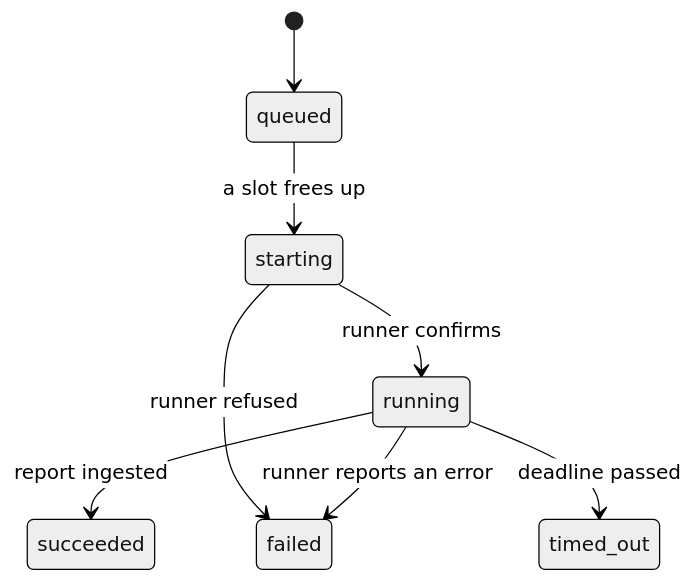
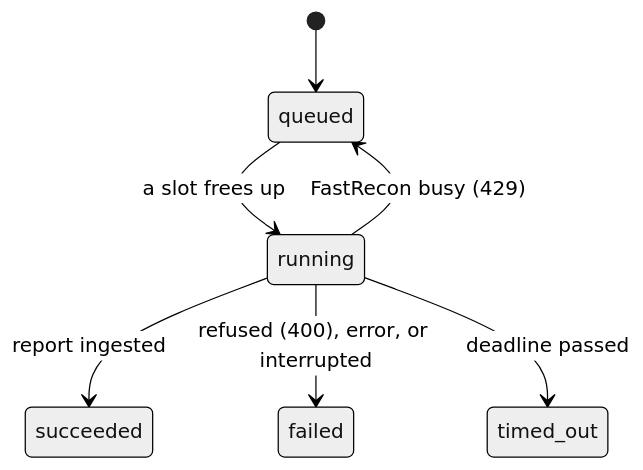
The second of 2 diagrams in docs/src/content/docs/architecture/stack.md (JoshuaMart/Recon), drawn with Mermaid (neutral theme) before and after one commit. The commit also changed other lines of this file and 39 other files, not shown here.

````diff
--- a/docs/src/content/docs/architecture/stack.md
+++ b/docs/src/content/docs/architecture/stack.md
@@ -99,10 +102,9 @@
 ```mermaid
 stateDiagram-v2
   [*] --> queued
-  queued --> starting: a slot frees up
-  starting --> running: runner confirms
-  starting --> failed: runner refused
+  queued --> running: a slot frees up
+  running --> queued: FastRecon busy (429)
   running --> succeeded: report ingested
-  running --> failed: runner reports an error
+  running --> failed: refused (400), error, or interrupted
   running --> timed_out: deadline passed
 ```
````
